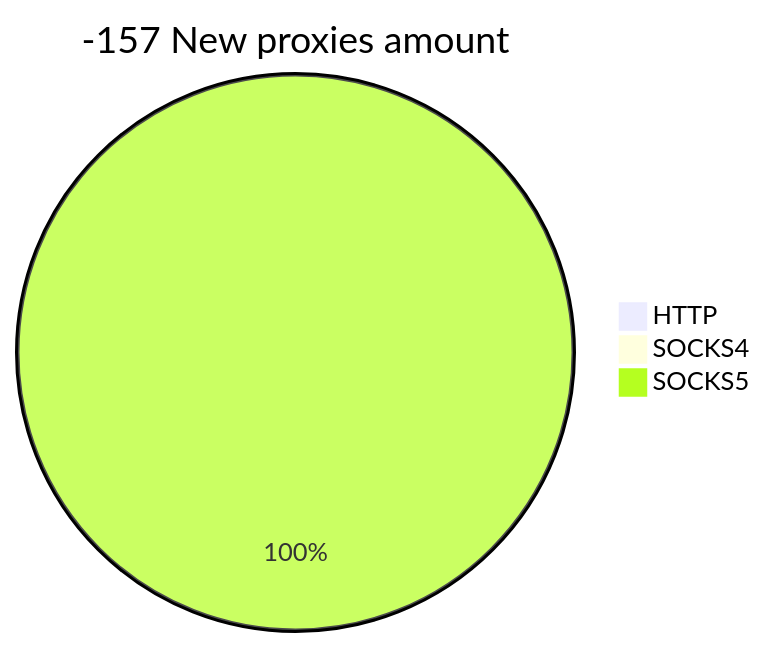
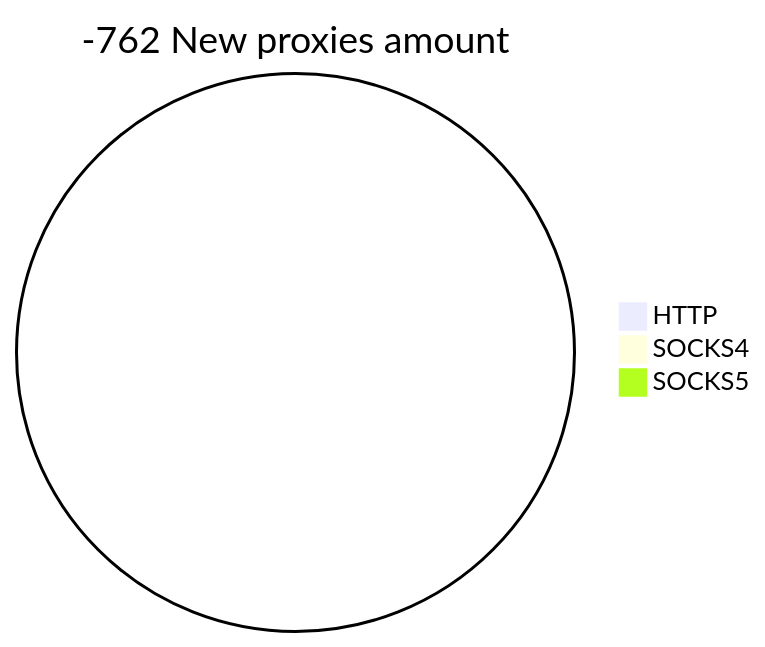
One commit to cutipu/proxylist changed the second of 2 diagrams in README.md. Above: the diagram before and after it, drawn with Mermaid. The commit also changed other lines of this file, not shown here.

````diff
--- a/README.md
+++ b/README.md
@@ -10,6 +10,6 @@
 ```mermaid
-pie title -157 New proxies amount
+pie title -762 New proxies amount
     "HTTP" : 0
     "SOCKS4" : 0
-    "SOCKS5" : 2
+    "SOCKS5" : 0
 ```
````
